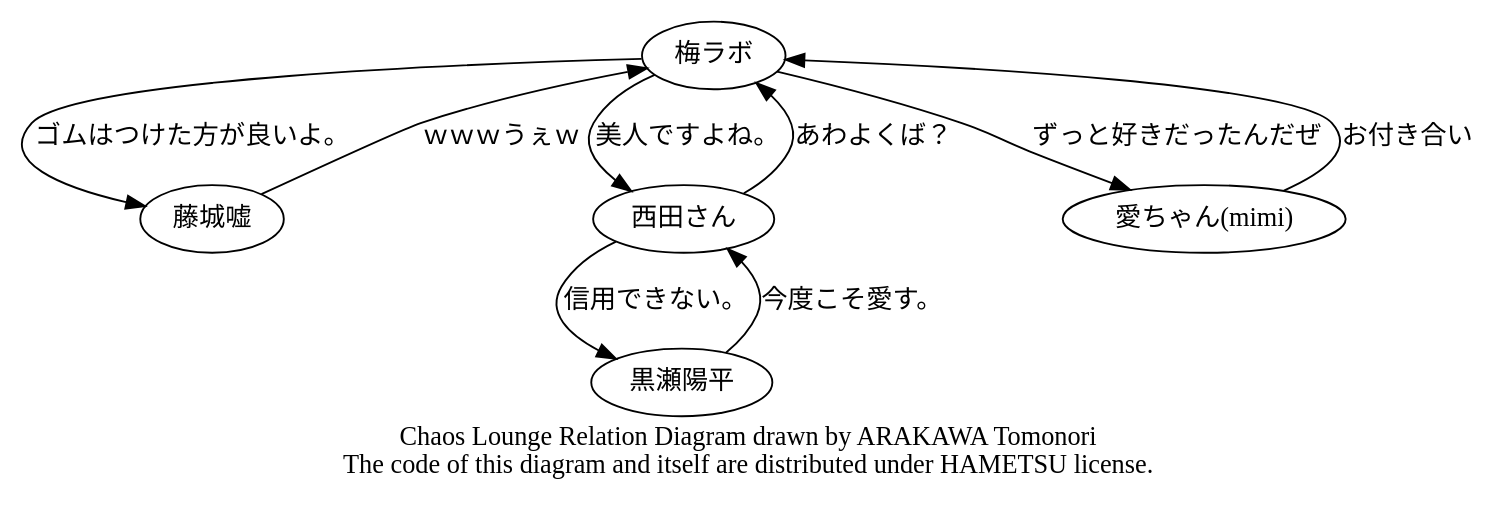
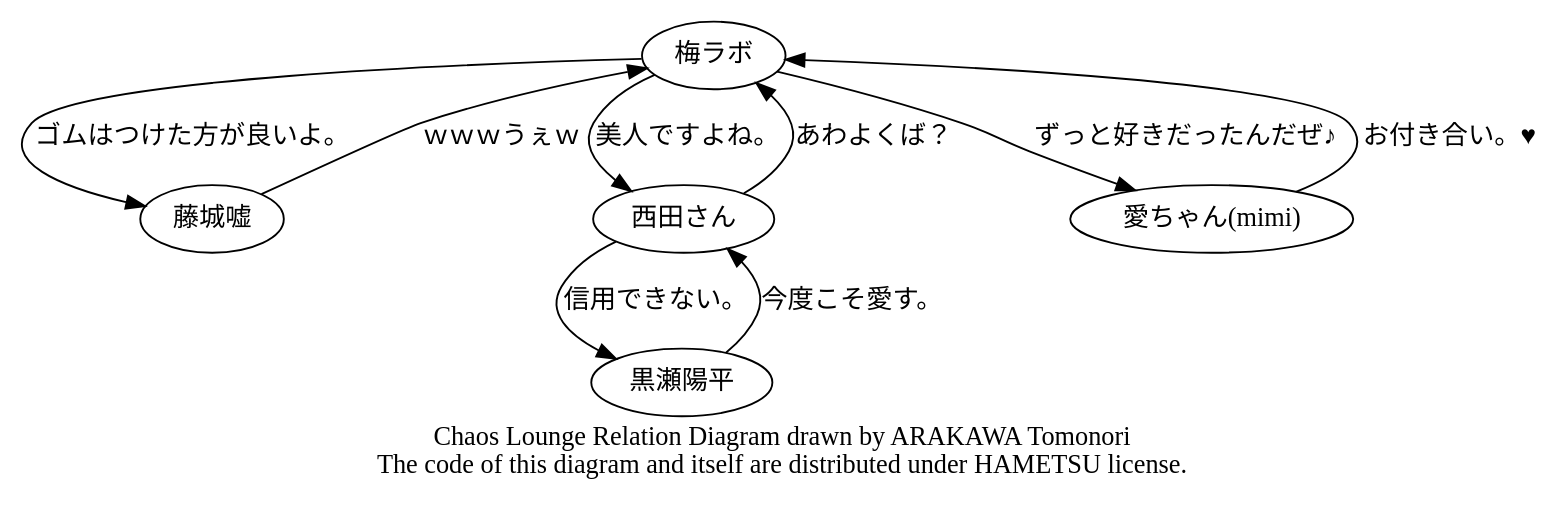
Before and after one commit to takano32/DynamicRelationGraph: the diagram in chaos.dot, drawn with Graphviz.

Commit message:
add ♥  and ♪

```diff
--- a/chaos.dot
+++ b/chaos.dot
@@ -1,12 +1,12 @@
 digraph Chaos {
 	node [fontname="MSUIGOTHIC.ttf"];
 	梅ラボ   -> 藤城嘘   [label = "ゴムはつけた方が良いよ。"];
 	藤城嘘   -> 梅ラボ   [label = "ｗｗｗうぇｗ"];
 	西田さん -> 梅ラボ   [label = "あわよくば？"];
 	梅ラボ   -> 西田さん [label = "美人ですよね。"];
 	黒瀬陽平 -> 西田さん [label = "今度こそ愛す。"];
 	西田さん -> 黒瀬陽平 [label = "信用できない。"];
-	"愛ちゃん(mimi)" -> 梅ラボ [label = "お付き合い"];
-	梅ラボ -> "愛ちゃん(mimi)" [label = "ずっと好きだったんだぜ"];
+	"愛ちゃん(mimi)" -> 梅ラボ [label = "お付き合い。♥"];
+	梅ラボ -> "愛ちゃん(mimi)" [label = "ずっと好きだったんだぜ♪"];
 	label = "Chaos Lounge Relation Diagram drawn by ARAKAWA Tomonori\nThe code of this diagram and itself are distributed under HAMETSU license.";
 }
```
